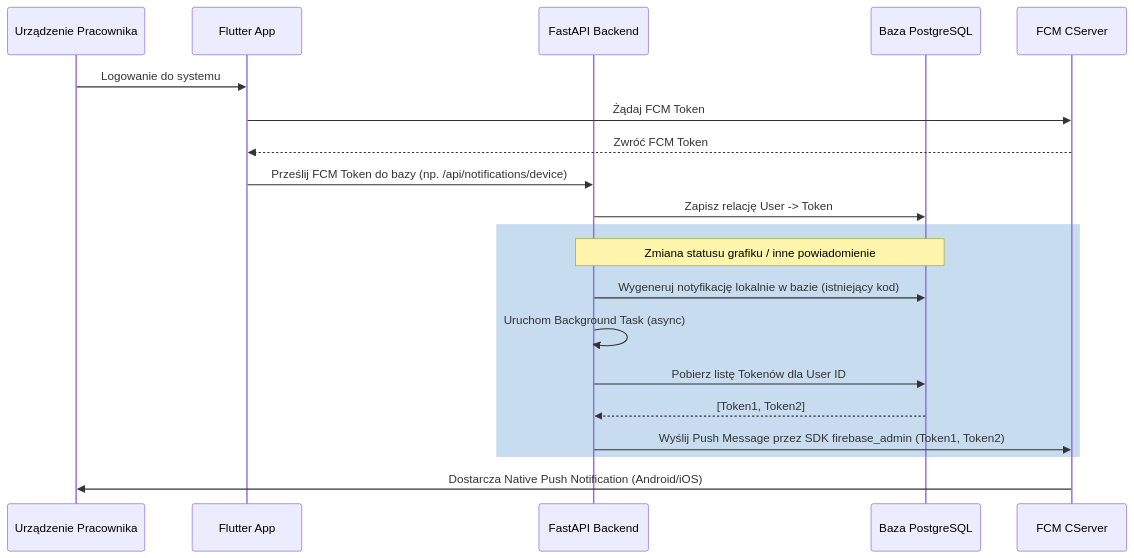
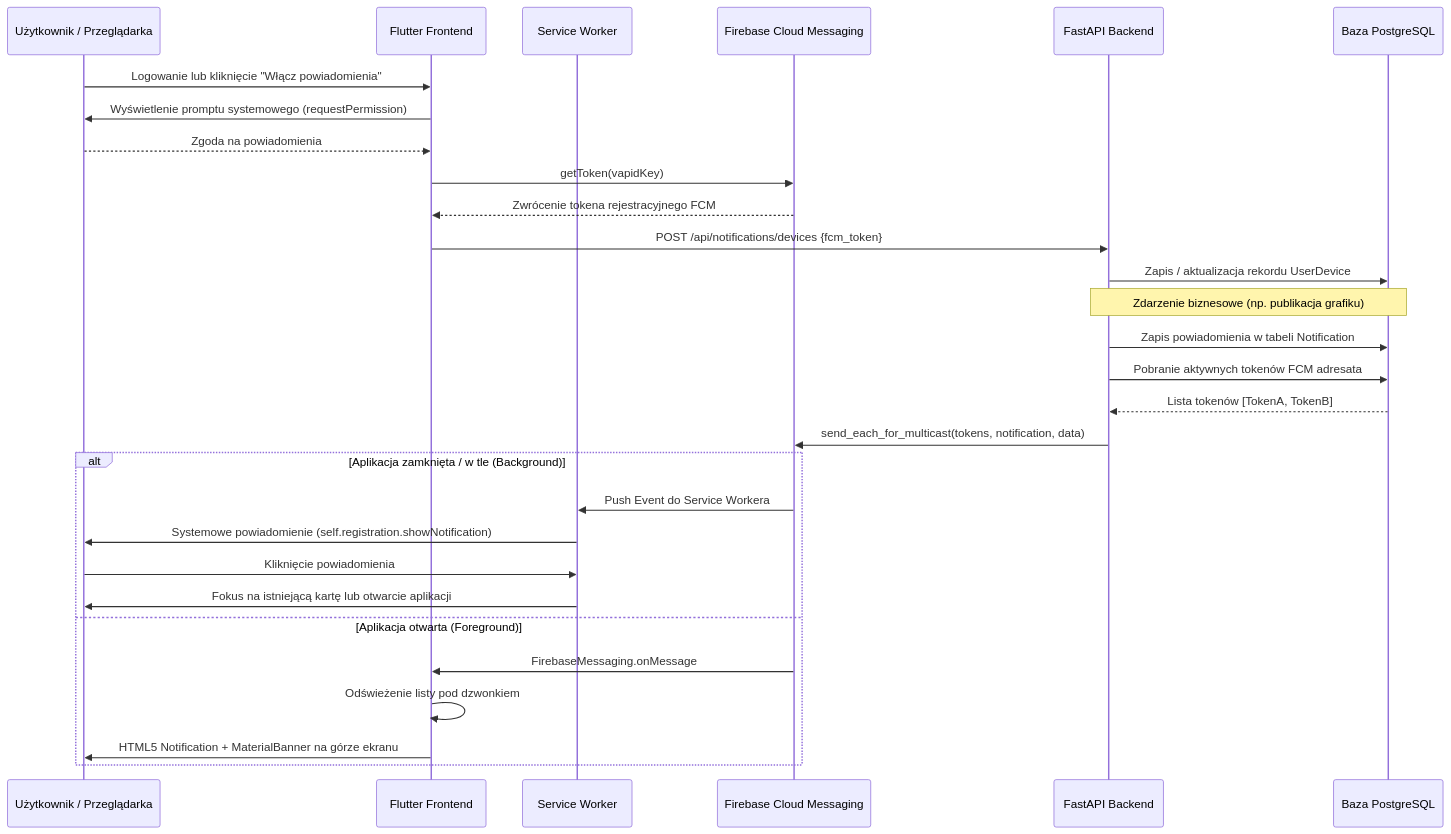
One commit to mwieclawek/PlannerV2 changed the diagram in PUSH_ARCHITECTURE.md. Above: the diagram before and after it, drawn with Mermaid. The commit also changed other lines of this file and 11 other files, not shown here.

````diff
--- a/PUSH_ARCHITECTURE.md
+++ b/PUSH_ARCHITECTURE.md
@@ -28,25 +118,34 @@
 ```mermaid
 sequenceDiagram
-    participant User as Urządzenie Pracownika
-    participant Flutter as Flutter App
+    participant User as Użytkownik / Przeglądarka
+    participant Flutter as Flutter Frontend
+    participant SW as Service Worker
+    participant FCM as Firebase Cloud Messaging
     participant Backend as FastAPI Backend
     participant DB as Baza PostgreSQL
-    participant Firebase as FCM CServer
 
-    User->>Flutter: Logowanie do systemu
-    Flutter->>Firebase: Żądaj FCM Token
-    Firebase-->>Flutter: Zwróć FCM Token
-    Flutter->>Backend: Prześlij FCM Token do bazy (np. /api/notifications/device)
-    Backend->>DB: Zapisz relację User -> Token
+    User->>Flutter: Logowanie lub kliknięcie "Włącz powiadomienia"
+    Flutter->>User: Wyświetlenie promptu systemowego (requestPermission)
+    User-->>Flutter: Zgoda na powiadomienia
+    Flutter->>FCM: getToken(vapidKey)
+    FCM-->>Flutter: Zwrócenie tokena rejestracyjnego FCM
+    Flutter->>Backend: POST /api/notifications/devices {fcm_token}
+    Backend->>DB: Zapis / aktualizacja rekordu UserDevice
+
+    Note over Backend,DB: Zdarzenie biznesowe (np. publikacja grafiku)
+    Backend->>DB: Zapis powiadomienia w tabeli Notification
+    Backend->>DB: Pobranie aktywnych tokenów FCM adresata
+    DB-->>Backend: Lista tokenów [TokenA, TokenB]
+    Backend->>FCM: send_each_for_multicast(tokens, notification, data)
     
-    rect rgb(200, 220, 240)
-    Note over Backend,DB: Zmiana statusu grafiku / inne powiadomienie
-    Backend->>DB: Wygeneruj notyfikację lokalnie w bazie (istniejący kod)
-    Backend->>Backend: Uruchom Background Task (async)
-    Backend->>DB: Pobierz listę Tokenów dla User ID
-    DB-->>Backend: [Token1, Token2]
-    Backend->>Firebase: Wyślij Push Message przez SDK firebase_admin (Token1, Token2)
+    alt Aplikacja zamknięta / w tle (Background)
+        FCM->>SW: Push Event do Service Workera
+        SW->>User: Systemowe powiadomienie (self.registration.showNotification)
+        User->>SW: Kliknięcie powiadomienia
+        SW->>User: Fokus na istniejącą kartę lub otwarcie aplikacji
+    else Aplikacja otwarta (Foreground)
+        FCM->>Flutter: FirebaseMessaging.onMessage
+        Flutter->>Flutter: Odświeżenie listy pod dzwonkiem
+        Flutter->>User: HTML5 Notification + MaterialBanner na górze ekranu
     end
-    
-    Firebase->>User: Dostarcza Native Push Notification (Android/iOS)
 ```
````
